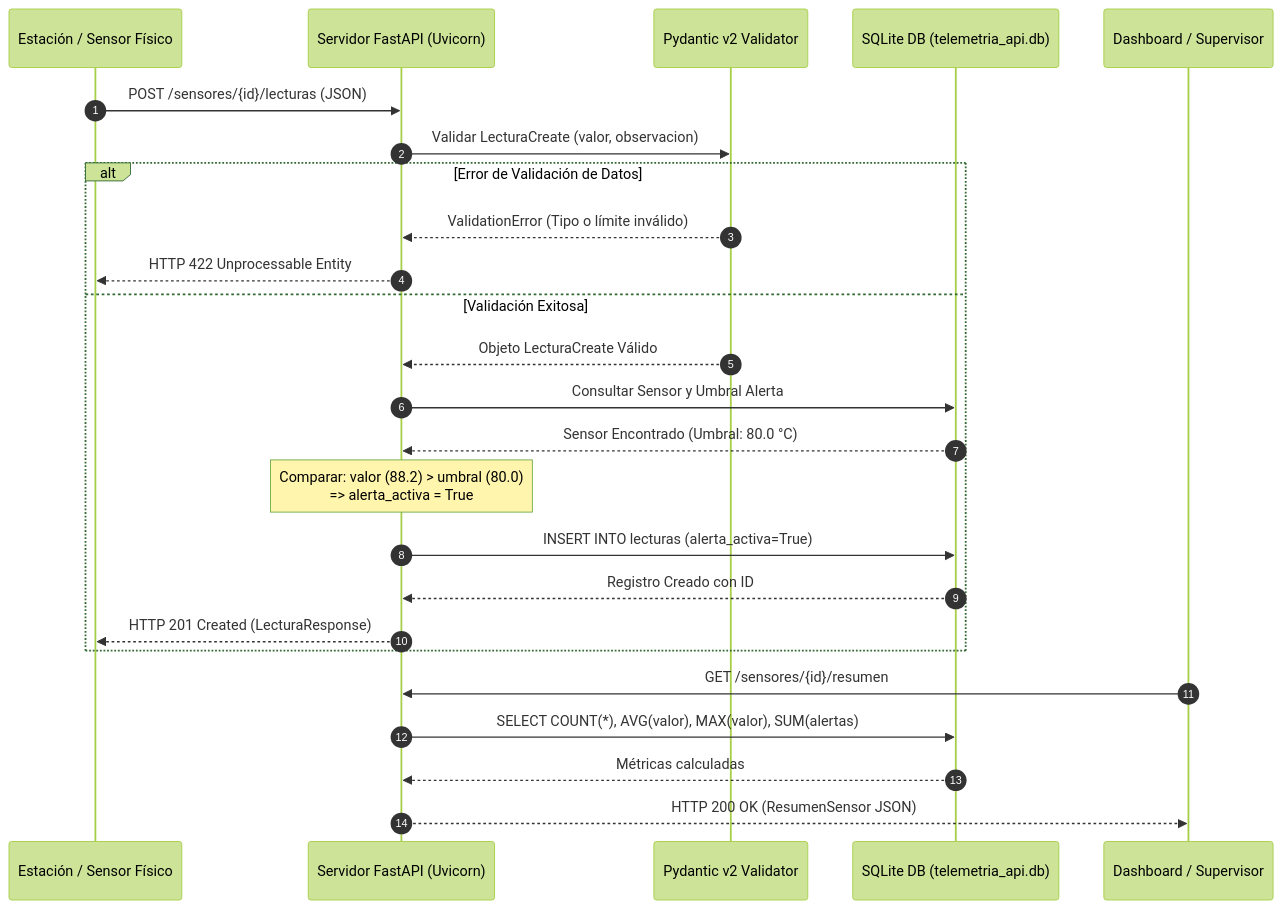
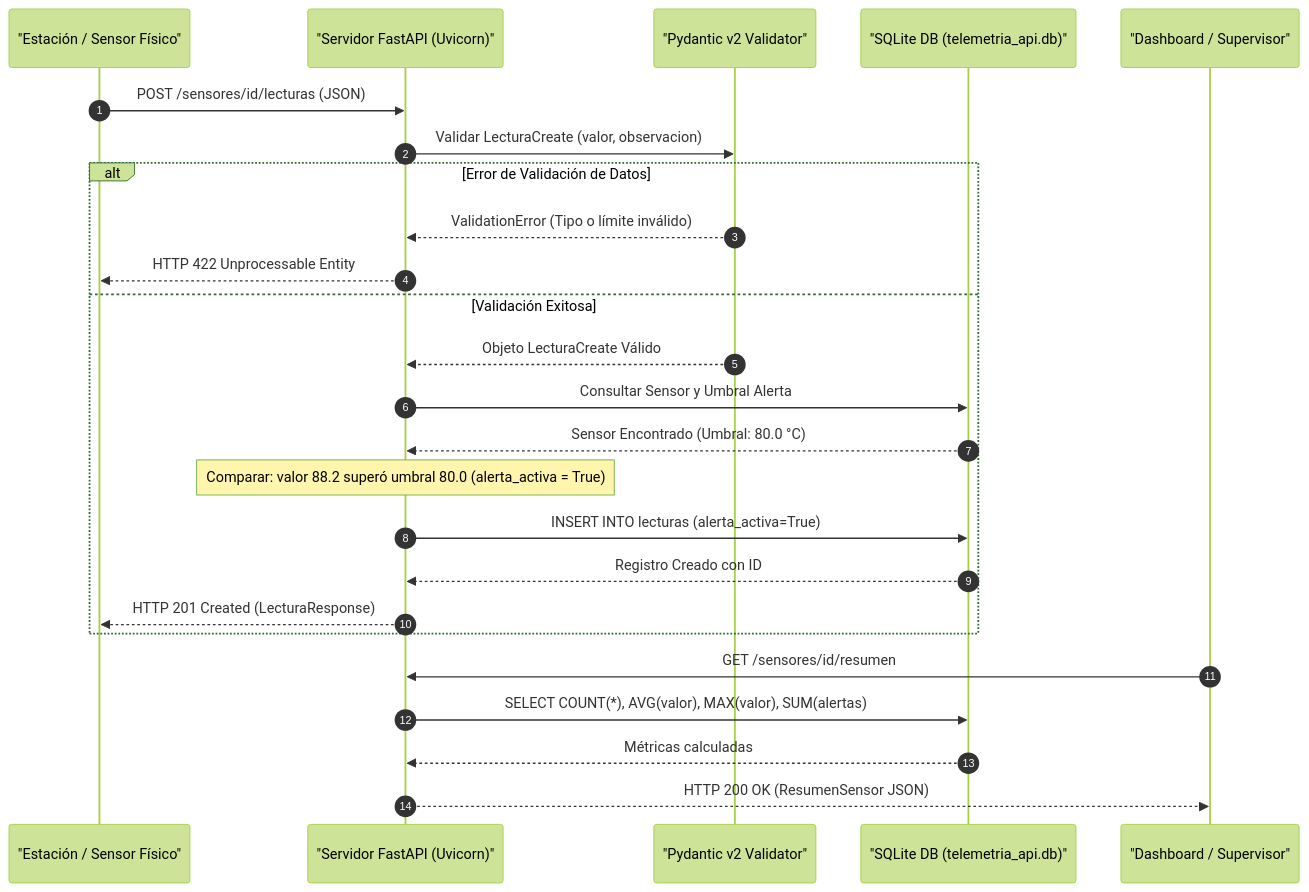
One commit to carlobeni/LPV2026-2 changed the fourth of 4 diagrams in README.md. Above: the diagram before and after it, drawn with Mermaid (forest theme). The commit also changed other lines of this file and 2 other files, not shown here.

Commit message:
fix(docs): fix Mermaid diagram syntax and add missing assets in semana-5 branch

````diff
--- a/README.md
+++ b/README.md
@@ -280,32 +285,32 @@
 ```mermaid
 sequenceDiagram
     autonumber
-    participant Sensor as Estación / Sensor Físico
-    participant FastAPI as Servidor FastAPI (Uvicorn)
-    participant Pydantic as Pydantic v2 Validator
-    participant DB as SQLite DB (telemetria_api.db)
-    participant Client as Dashboard / Supervisor
+    participant Sensor as "Estación / Sensor Físico"
+    participant FastAPI as "Servidor FastAPI (Uvicorn)"
+    participant Pydantic as "Pydantic v2 Validator"
+    participant DB as "SQLite DB (telemetria_api.db)"
+    participant Client as "Dashboard / Supervisor"
 
-    Sensor->>FastAPI: POST /sensores/{id}/lecturas (JSON)
+    Sensor->>FastAPI: POST /sensores/id/lecturas (JSON)
     FastAPI->>Pydantic: Validar LecturaCreate (valor, observacion)
     
     alt Error de Validación de Datos
         Pydantic-->>FastAPI: ValidationError (Tipo o límite inválido)
         FastAPI-->>Sensor: HTTP 422 Unprocessable Entity
     else Validación Exitosa
         Pydantic-->>FastAPI: Objeto LecturaCreate Válido
         FastAPI->>DB: Consultar Sensor y Umbral Alerta
         DB-->>FastAPI: Sensor Encontrado (Umbral: 80.0 °C)
         
-        Note over FastAPI: Comparar: valor (88.2) > umbral (80.0)<br/>=> alerta_activa = True
+        Note over FastAPI: Comparar: valor 88.2 superó umbral 80.0 (alerta_activa = True)
         
         FastAPI->>DB: INSERT INTO lecturas (alerta_activa=True)
         DB-->>FastAPI: Registro Creado con ID
         FastAPI-->>Sensor: HTTP 201 Created (LecturaResponse)
     end
 
-    Client->>FastAPI: GET /sensores/{id}/resumen
+    Client->>FastAPI: GET /sensores/id/resumen
     FastAPI->>DB: SELECT COUNT(*), AVG(valor), MAX(valor), SUM(alertas)
     DB-->>FastAPI: Métricas calculadas
     FastAPI-->>Client: HTTP 200 OK (ResumenSensor JSON)
 ```
````
